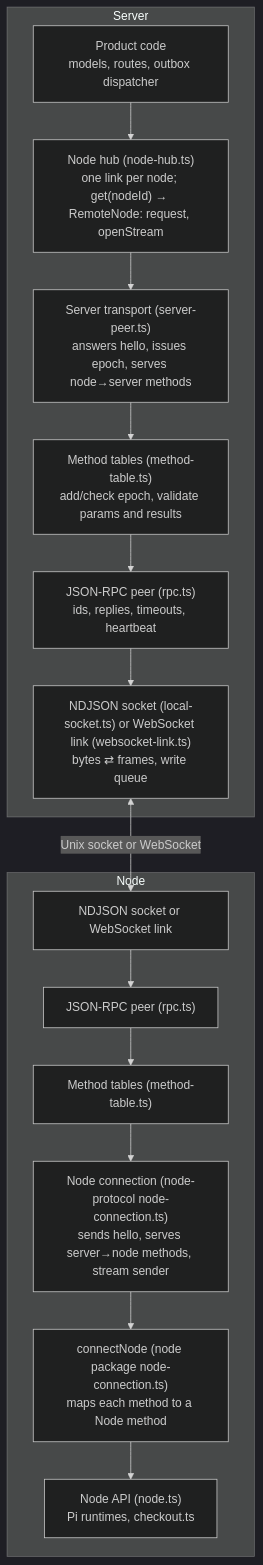
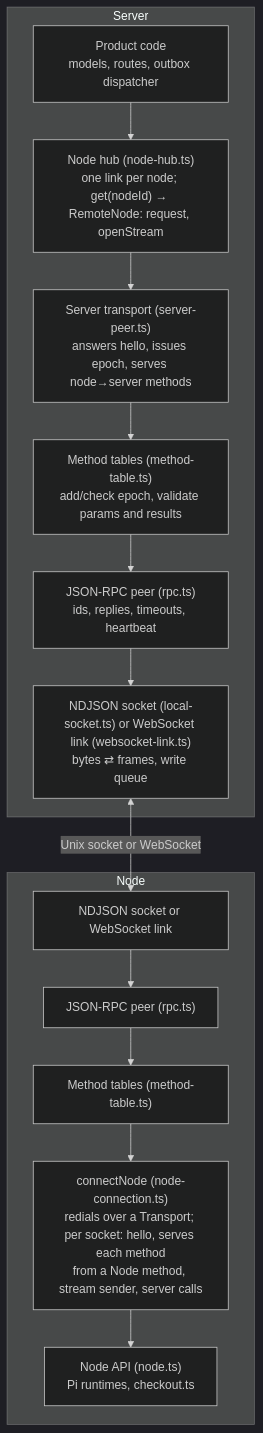
Before and after one commit to willtcarey/reins: the second of 9 diagrams in docs/dev/node-transport.md, drawn with Mermaid (dark theme). The commit also changed other lines of this file and 56 other files, not shown here.

Commit message:
One node connection module (ADR-027): connectNode(node, transport, {nodeId, key, buildId}) holds the node end of the protocol, the Node wiring and redialing; the protocol package keeps only what both ends share

````diff
--- a/docs/dev/node-transport.md
+++ b/docs/dev/node-transport.md
@@ -73,22 +73,21 @@
 ```mermaid
 graph TB
     subgraph "Server"
         S5["Product code<br/>models, routes, outbox dispatcher"]
         S4["Node hub (node-hub.ts)<br/>one link per node; get(nodeId) → RemoteNode: request, openStream"]
         S3["Server transport (server-peer.ts)<br/>answers hello, issues epoch, serves node→server methods"]
         S2["Method tables (method-table.ts)<br/>add/check epoch, validate params and results"]
         S1["JSON-RPC peer (rpc.ts)<br/>ids, replies, timeouts, heartbeat"]
         S0["NDJSON socket (local-socket.ts) or WebSocket link (websocket-link.ts)<br/>bytes ⇄ frames, write queue"]
         S5 --> S4 --> S3 --> S2 --> S1 --> S0
     end
     subgraph "Node"
         N0["NDJSON socket or WebSocket link"]
         N1["JSON-RPC peer (rpc.ts)"]
         N2["Method tables (method-table.ts)"]
-        N3["Node connection (node-protocol node-connection.ts)<br/>sends hello, serves server→node methods, stream sender"]
-        N4["connectNode (node package node-connection.ts)<br/>maps each method to a Node method"]
-        N5["Node API (node.ts)<br/>Pi runtimes, checkout.ts"]
-        N0 --> N1 --> N2 --> N3 --> N4 --> N5
+        N3["connectNode (node-connection.ts)<br/>redials over a Transport; per socket: hello, serves each method<br/>from a Node method, stream sender, server calls"]
+        N4["Node API (node.ts)<br/>Pi runtimes, checkout.ts"]
+        N0 --> N1 --> N2 --> N3 --> N4
     end
     S0 <-->|Unix socket or WebSocket| N0
 ```
````
